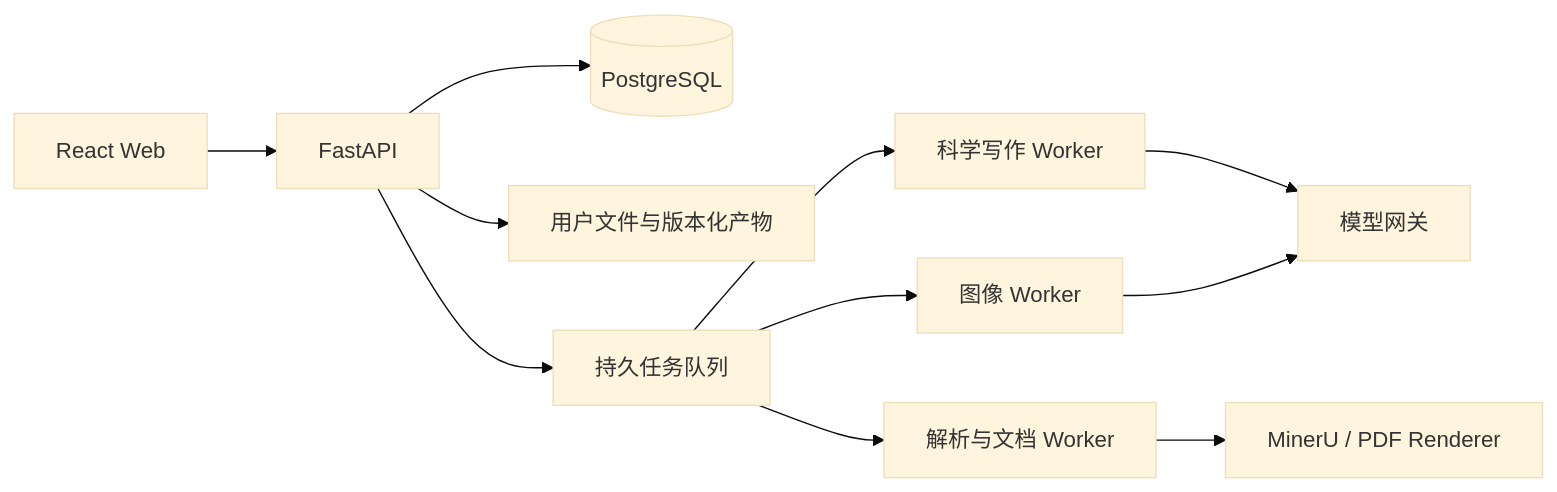
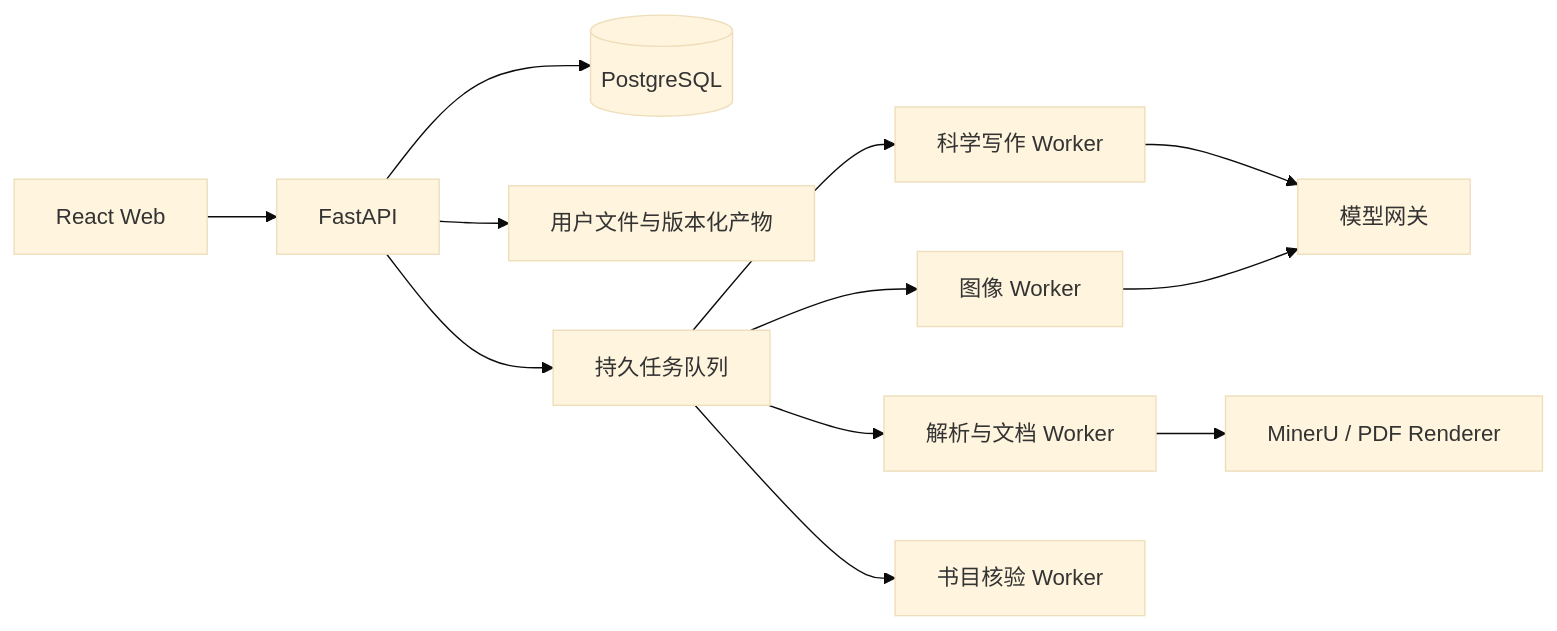
One commit to LCHTTTT/review-writer changed the diagram in README.md. Above: the diagram before and after it, drawn with Mermaid (base theme). The commit also changed other lines of this file, not shown here.

````diff
--- a/README.md
+++ b/README.md
@@ -32,13 +45,14 @@
 ```mermaid
 flowchart LR
     B[React Web] --> A[FastAPI]
     A --> DB[(PostgreSQL)]
     A --> FS[用户文件与版本化产物]
     A --> Q[持久任务队列]
     Q --> SW[科学写作 Worker]
     Q --> DW[解析与文档 Worker]
     Q --> IW[图像 Worker]
+    Q --> BW[书目核验 Worker]
     SW --> G[模型网关]
     DW --> M[MinerU / PDF Renderer]
     IW --> G
 ```
````
